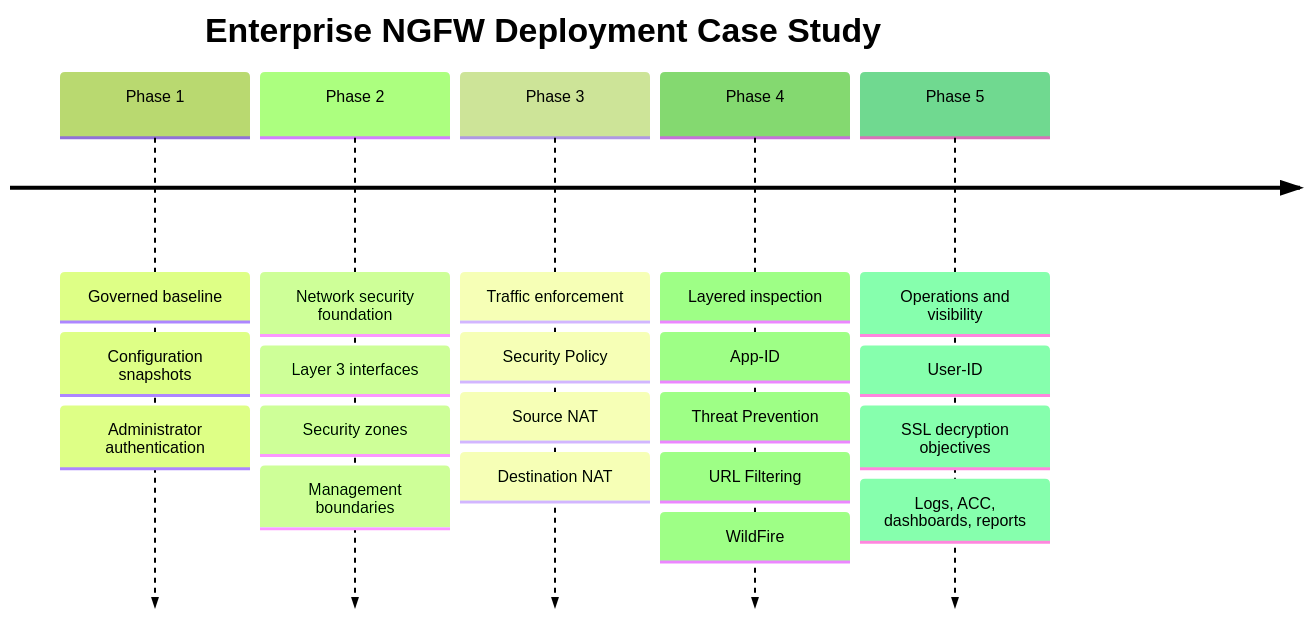
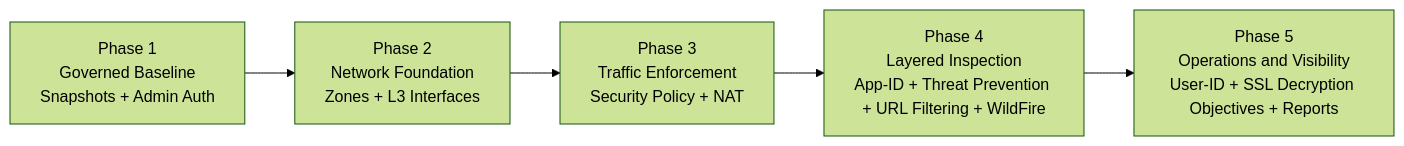
One commit to ShamsKibonge/enterprise-firewall-security changed the first of 2 diagrams in README.md. Above: the diagram before and after it, drawn with Mermaid (forest theme). The commit also changed other lines of this file and 1 other file, not shown here.

Commit message:
Fix README rendering and add LinkedIn thumbnail

````diff
--- a/README.md
+++ b/README.md
@@ -51,24 +53,7 @@
 ```mermaid
-timeline
-    title Enterprise NGFW Deployment Case Study
-    Phase 1 : Governed baseline
-            : Configuration snapshots
-            : Administrator authentication
-    Phase 2 : Network security foundation
-            : Layer 3 interfaces
-            : Security zones
-            : Management boundaries
-    Phase 3 : Traffic enforcement
-            : Security Policy
-            : Source NAT
-            : Destination NAT
-    Phase 4 : Layered inspection
-            : App-ID
-            : Threat Prevention
-            : URL Filtering
-            : WildFire
-    Phase 5 : Operations and visibility
-            : User-ID
-            : SSL decryption objectives
-            : Logs, ACC, dashboards, reports
+flowchart LR
+    P1["Phase 1<br/>Governed Baseline<br/>Snapshots + Admin Auth"] --> P2["Phase 2<br/>Network Foundation<br/>Zones + L3 Interfaces"]
+    P2 --> P3["Phase 3<br/>Traffic Enforcement<br/>Security Policy + NAT"]
+    P3 --> P4["Phase 4<br/>Layered Inspection<br/>App-ID + Threat Prevention + URL Filtering + WildFire"]
+    P4 --> P5["Phase 5<br/>Operations and Visibility<br/>User-ID + SSL Decryption Objectives + Reports"]
 ```
````
